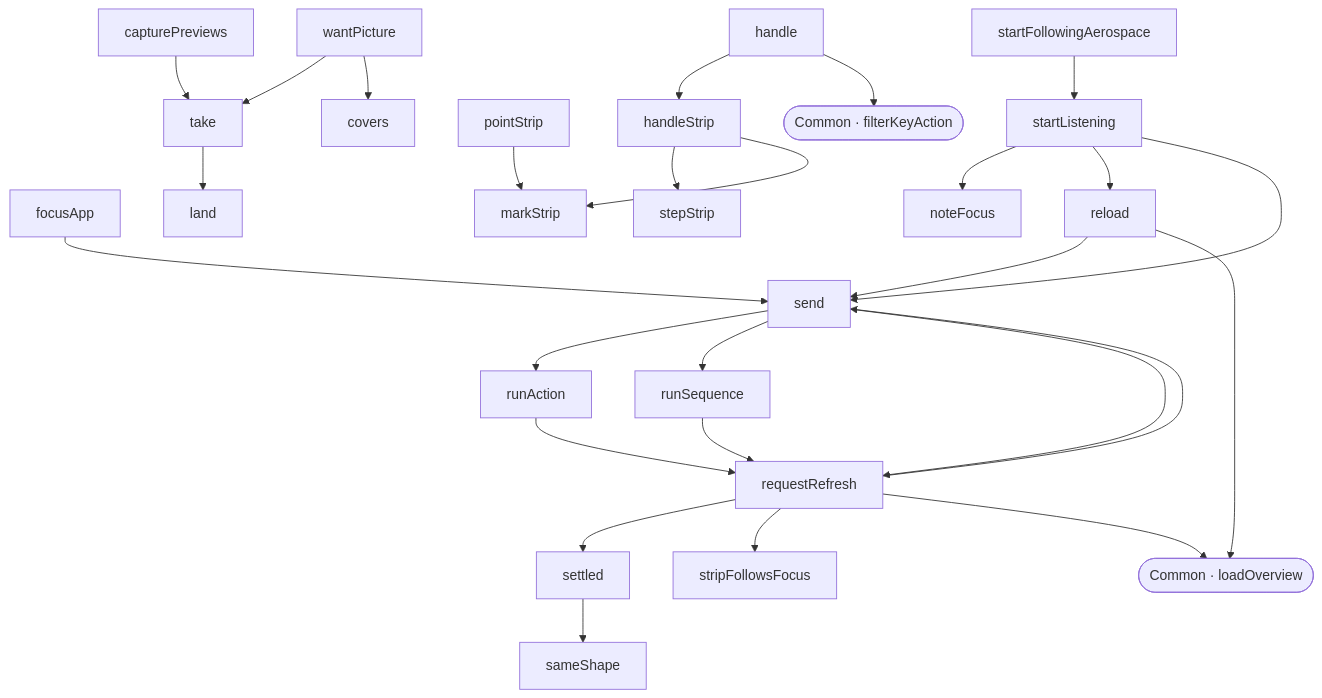
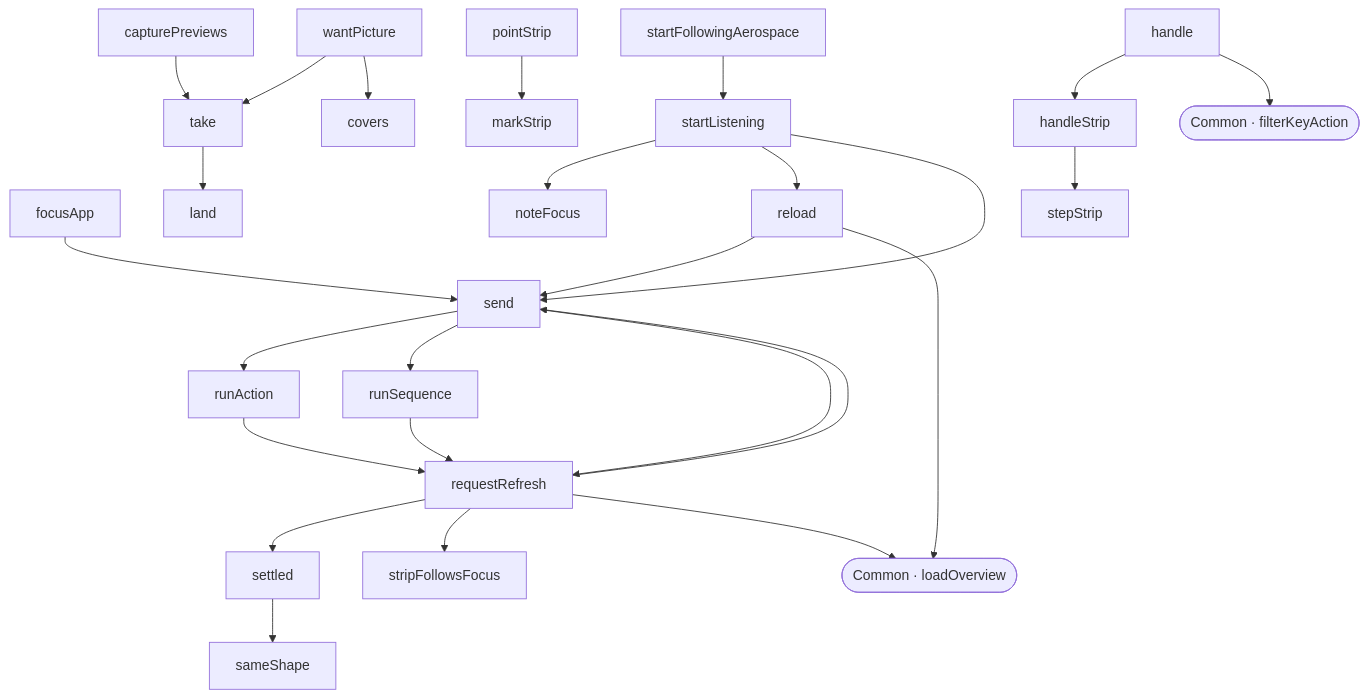
Before and after one commit to kim-raaschou/AeroControl: the fourth of 5 diagrams in docs/architecture.md, drawn with Mermaid. The commit also changed other lines of this file and 7 other files, not shown here.

````diff
--- a/docs/architecture.md
+++ b/docs/architecture.md
@@ -212,53 +214,52 @@
 ```mermaid
 flowchart TD
     s_capturePreviews["capturePreviews"]
     s_covers["covers"]
     s_focusApp["focusApp"]
     s_handle["handle"]
     s_handleStrip["handleStrip"]
     s_land["land"]
     s_markStrip["markStrip"]
     s_noteFocus["noteFocus"]
     s_pointStrip["pointStrip"]
     s_reload["reload"]
     s_requestRefresh["requestRefresh"]
     s_runAction["runAction"]
     s_runSequence["runSequence"]
     s_sameShape["sameShape"]
     s_send["send"]
     s_settled["settled"]
     s_startFollowingAerospace["startFollowingAerospace"]
     s_startListening["startListening"]
     s_stepStrip["stepStrip"]
     s_stripFollowsFocus["stripFollowsFocus"]
     s_take["take"]
     s_wantPicture["wantPicture"]
     c_loadOverview(["Common · loadOverview"])
     c_filterKeyAction(["Common · filterKeyAction"])
     s_capturePreviews --> s_take
     s_focusApp --> s_send
     s_handle --> s_handleStrip
     s_handle --> c_filterKeyAction
     s_handleStrip --> s_stepStrip
-    s_handleStrip --> s_markStrip
     s_pointStrip --> s_markStrip
     s_reload --> s_send
     s_reload --> c_loadOverview
     s_requestRefresh --> s_send
     s_requestRefresh --> s_settled
     s_requestRefresh --> s_stripFollowsFocus
     s_requestRefresh --> c_loadOverview
     s_runAction --> s_requestRefresh
     s_runSequence --> s_requestRefresh
     s_send --> s_runAction
     s_send --> s_runSequence
     s_send --> s_requestRefresh
     s_settled --> s_sameShape
     s_startFollowingAerospace --> s_startListening
     s_startListening --> s_noteFocus
     s_startListening --> s_reload
     s_startListening --> s_send
     s_take --> s_land
     s_wantPicture --> s_take
     s_wantPicture --> s_covers
 ```
````
